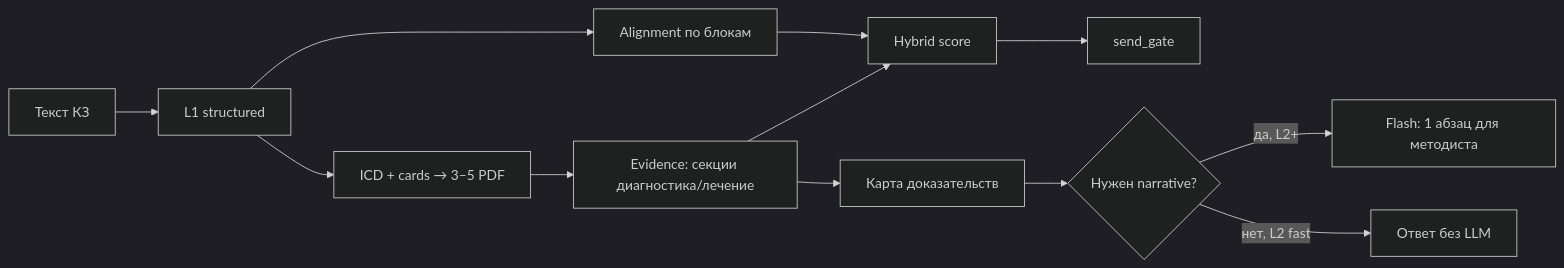
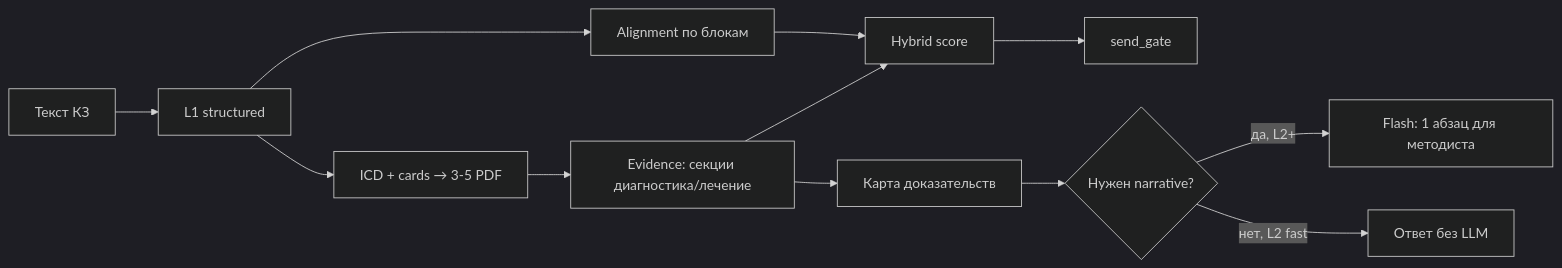
One commit to akuazuk/protocol changed the diagram in docs/consult-l2-rebuild-plan.md. Above: the diagram before and after it, drawn with Mermaid (dark theme). The commit also changed other lines of this file and 23 other files, not shown here.

````diff
--- a/docs/consult-l2-rebuild-plan.md
+++ b/docs/consult-l2-rebuild-plan.md
@@ -48,14 +48,14 @@
 ```mermaid
 flowchart LR
     KZ[Текст КЗ] --> L1[L1 structured]
     L1 --> AL[Alignment по блокам]
-    L1 --> PATHS[ICD + cards → 3–5 PDF]
+    L1 --> PATHS[ICD + cards → 3-5 PDF]
     PATHS --> EV[Evidence: секции диагностика/лечение]
     AL --> SCORE[Hybrid score]
     EV --> SCORE
     EV --> UI[Карта доказательств]
     SCORE --> GATE[send_gate]
     UI --> LLM{Нужен narrative?}
     LLM -->|да, L2+| Narr[Flash: 1 абзац для методиста]
     LLM -->|нет, L2 fast| OUT[Ответ без LLM]
 ```
````
